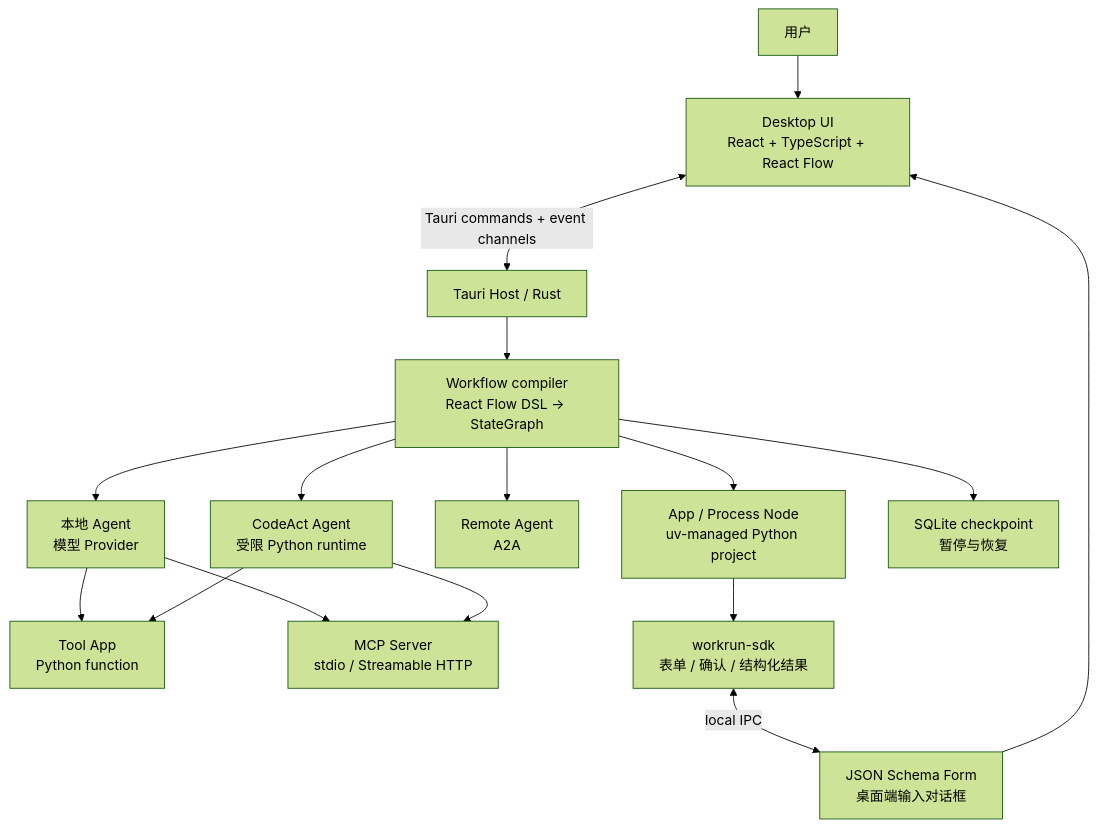
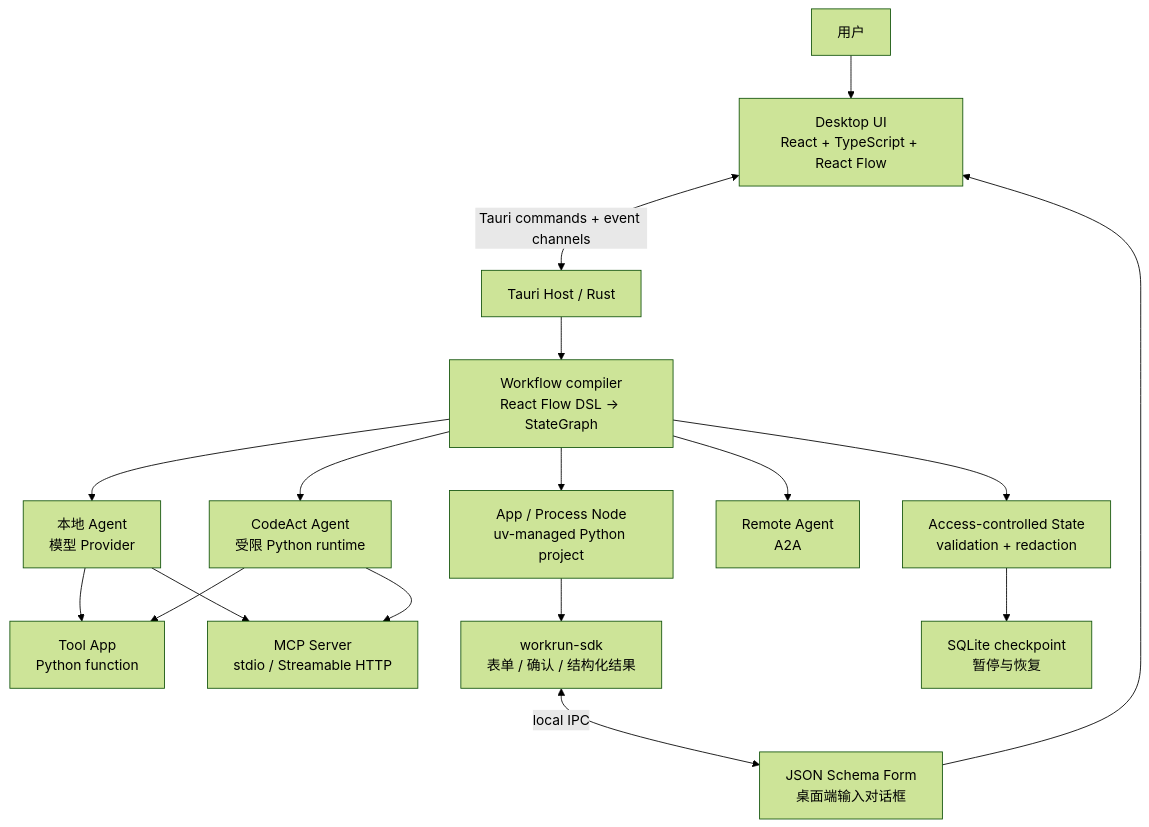
The diagram in README.md (1111mp/workrun-app), drawn with Mermaid (forest theme) before and after one commit. The commit also changed other lines of this file, not shown here.

````diff
--- a/README.md
+++ b/README.md
@@ -130,32 +142,34 @@
 ```mermaid
 flowchart TB
   User[用户]
   UI[Desktop UI\nReact + TypeScript + React Flow]
   Tauri[Tauri Host / Rust]
   Compiler[Workflow compiler\nReact Flow DSL → StateGraph]
+  State[Access-controlled State\nvalidation + redaction]
   Agent[本地 Agent\n模型 Provider]
   CodeAct[CodeAct Agent\n受限 Python runtime]
   Remote[Remote Agent\nA2A]
   Process[App / Process Node\nuv-managed Python project]
   ToolApp[Tool App\nPython function]
   Mcp[MCP Server\nstdio / Streamable HTTP]
   SDK[workrun-sdk\n表单 / 确认 / 结构化结果]
   Form[JSON Schema Form\n桌面端输入对话框]
   Checkpoint[SQLite checkpoint\n暂停与恢复]
 
   User --> UI
   UI <-->|Tauri commands + event channels| Tauri
   Tauri --> Compiler
+  Compiler --> State
   Compiler --> Agent
   Compiler --> CodeAct
   Compiler --> Remote
   Compiler --> Process
   Process --> SDK
   SDK <-->|local IPC| Form
   Form --> UI
   Agent --> ToolApp
   Agent --> Mcp
   CodeAct --> ToolApp
   CodeAct --> Mcp
-  Compiler --> Checkpoint
+  State --> Checkpoint
 ```
````
